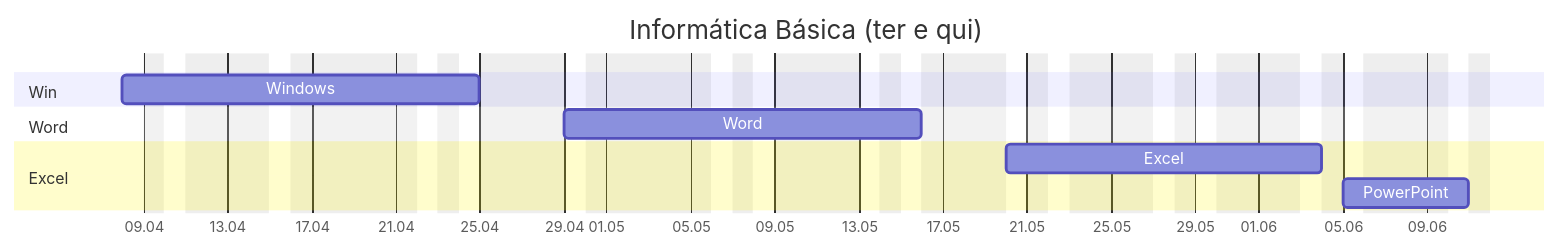
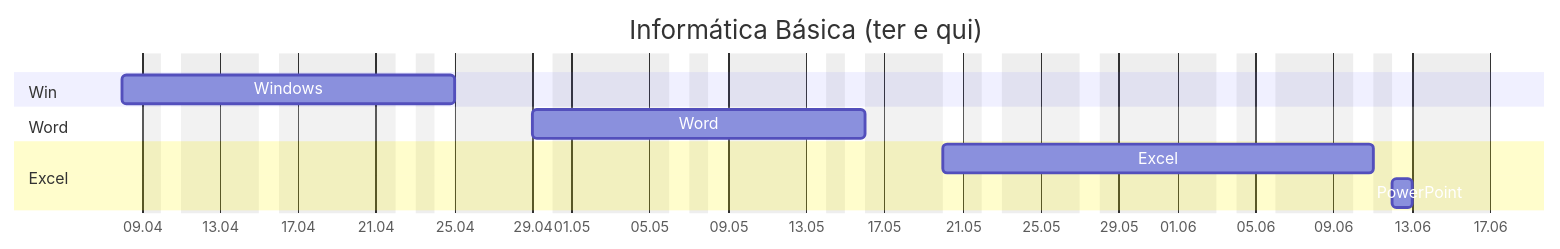
Before and after one commit to jocile/digitalgarden: the diagram in src/site/notes/Informatica basica.md, drawn with Mermaid. The commit also changed other lines of this file and 1 other file, not shown here.

````diff
--- a/src/site/notes/Informatica basica.md
+++ b/src/site/notes/Informatica basica.md
@@ -34,16 +34,16 @@
 ```mermaid
 gantt
      title Informática Básica (ter e qui)
      tickInterval 4day
      weekday Monday
-     excludes Sunday, Monday, Wednesday, Friday, Saturday, 17.04, 01.05
+     excludes Sunday, Monday, Wednesday, Friday, Saturday, 17.04, 01.05, 29.05
      dateFormat DD.MM
      axisFormat %d.%m
      section Win
          Windows :a1, 08.04, 5d
      section Word
          Word :a2,after a1, 5d
      section Excel
-         Excel :a3, after a2, 5d
-         PowerPoint :a4, after a3, 2d
+         Excel :a3, after a2, 6d
+         PowerPoint :a4, after a3, 1d
 ```
````
